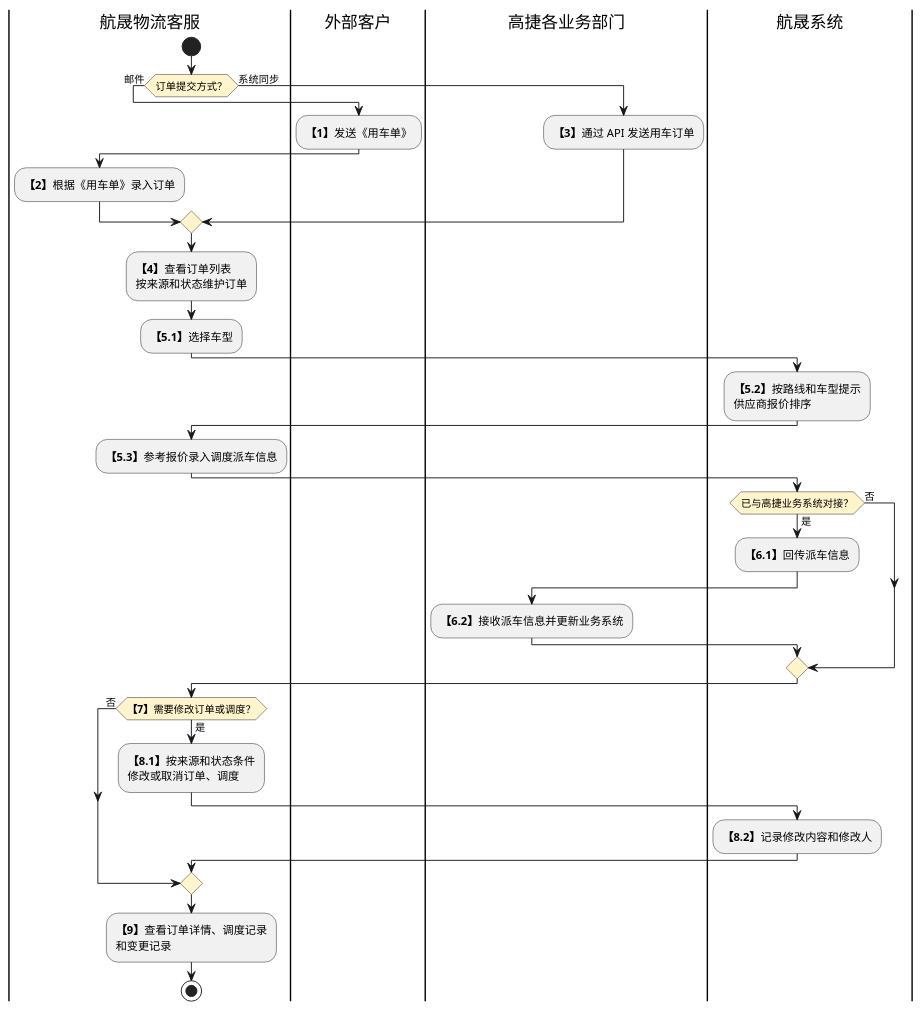
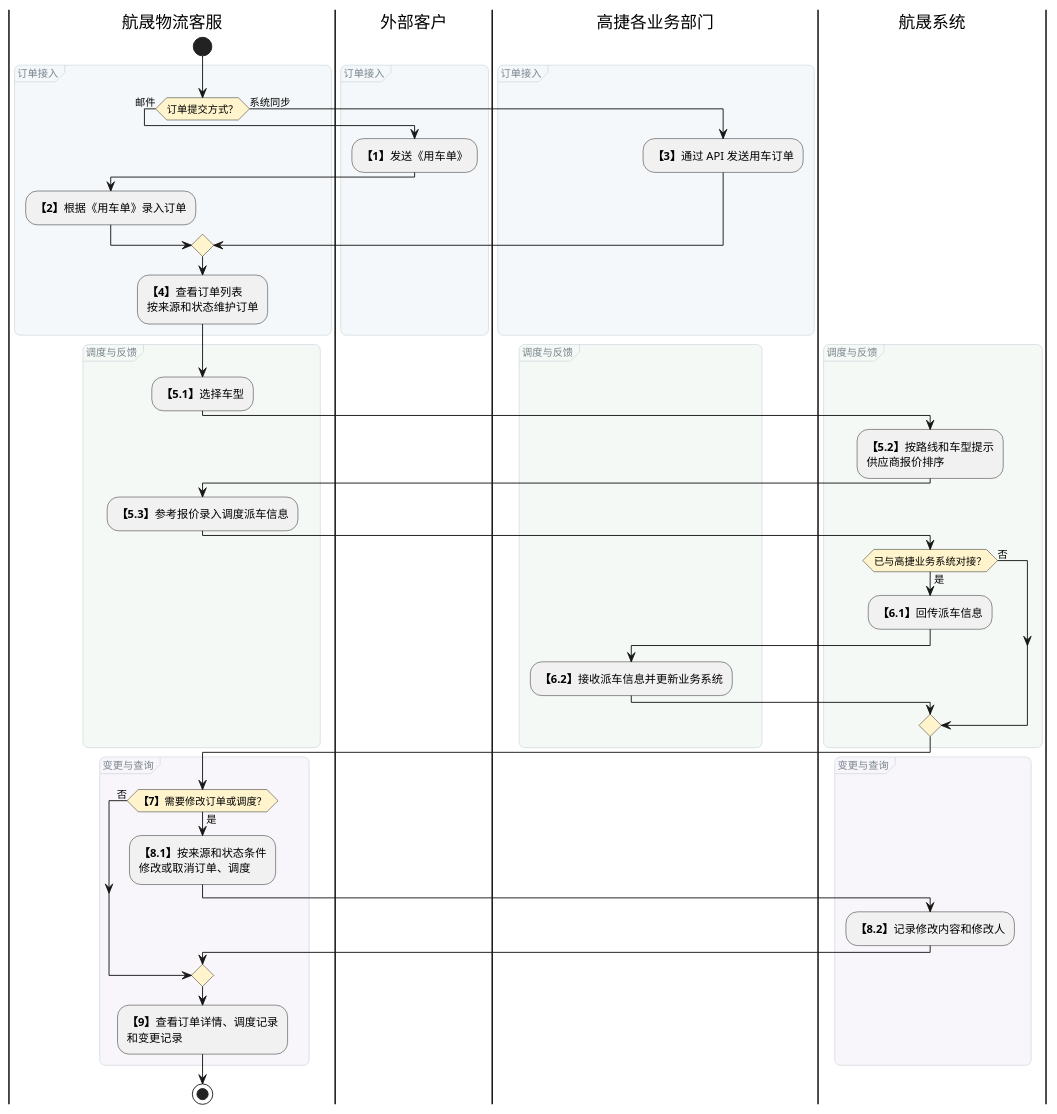
The first of 4 diagrams in product-caliber/goldjet/segmented-prd/PRD.高捷物流系统一期.第015篇.用车-订单管理.32C78B8106.md (jack888332/projects-doc), drawn with PlantUML before and after one commit. The commit also changed 16 other files, not shown here.

Commit message:
给DSL图分组

````diff
--- a/product-caliber/goldjet/segmented-prd/PRD.高捷物流系统一期.第015篇.用车-订单管理.32C78B8106.md
+++ b/product-caliber/goldjet/segmented-prd/PRD.高捷物流系统一期.第015篇.用车-订单管理.32C78B8106.md
@@ -59,40 +59,58 @@
 ```plantuml
 @startuml goldjet-015-order-dispatch
 skinparam activityDiamondBackgroundColor #FFF4CC
+<style>
+activityDiagram {
+  group {
+    LineColor #CAD5DA
+    LineThickness 0.7
+    RoundCorner 12
+    FontColor #78848D
+    FontSize 11
+    FontStyle plain
+  }
+}
+</style>
 |航晟物流客服|
 start
-if (订单提交方式？) then (邮件)
-  |外部客户|
-  :**【1】**发送《用车单》;
+group 订单接入 #F4F8FA {
+  if (订单提交方式？) then (邮件)
+    |外部客户|
+    :**【1】**发送《用车单》;
+    |航晟物流客服|
+    :**【2】**根据《用车单》录入订单;
+  else (系统同步)
+    |高捷各业务部门|
+    :**【3】**通过 API 发送用车订单;
+  endif
   |航晟物流客服|
-  :**【2】**根据《用车单》录入订单;
-else (系统同步)
-  |高捷各业务部门|
-  :**【3】**通过 API 发送用车订单;
-endif
-|航晟物流客服|
-:**【4】**查看订单列表\n按来源和状态维护订单;
-:**【5.1】**选择车型;
-|航晟系统|
-:**【5.2】**按路线和车型提示\n供应商报价排序;
-|航晟物流客服|
-:**【5.3】**参考报价录入调度派车信息;
-|航晟系统|
-if (已与高捷业务系统对接？) then (是)
-  :**【6.1】**回传派车信息;
-  |高捷各业务部门|
-  :**【6.2】**接收派车信息并更新业务系统;
-else (否)
-endif
-|航晟物流客服|
-if (**【7】**需要修改订单或调度？) then (是)
-  :**【8.1】**按来源和状态条件\n修改或取消订单、调度;
+  :**【4】**查看订单列表\n按来源和状态维护订单;
+}
+group 调度与反馈 #F5F9F6 {
+  :**【5.1】**选择车型;
   |航晟系统|
-  :**【8.2】**记录修改内容和修改人;
-else (否)
-endif
-|航晟物流客服|
-:**【9】**查看订单详情、调度记录\n和变更记录;
+  :**【5.2】**按路线和车型提示\n供应商报价排序;
+  |航晟物流客服|
+  :**【5.3】**参考报价录入调度派车信息;
+  |航晟系统|
+  if (已与高捷业务系统对接？) then (是)
+    :**【6.1】**回传派车信息;
+    |高捷各业务部门|
+    :**【6.2】**接收派车信息并更新业务系统;
+  else (否)
+  endif
+}
+group 变更与查询 #F8F6FA {
+  |航晟物流客服|
+  if (**【7】**需要修改订单或调度？) then (是)
+    :**【8.1】**按来源和状态条件\n修改或取消订单、调度;
+    |航晟系统|
+    :**【8.2】**记录修改内容和修改人;
+  else (否)
+  endif
+  |航晟物流客服|
+  :**【9】**查看订单详情、调度记录\n和变更记录;
+}
 stop
 @enduml
 ```
````
